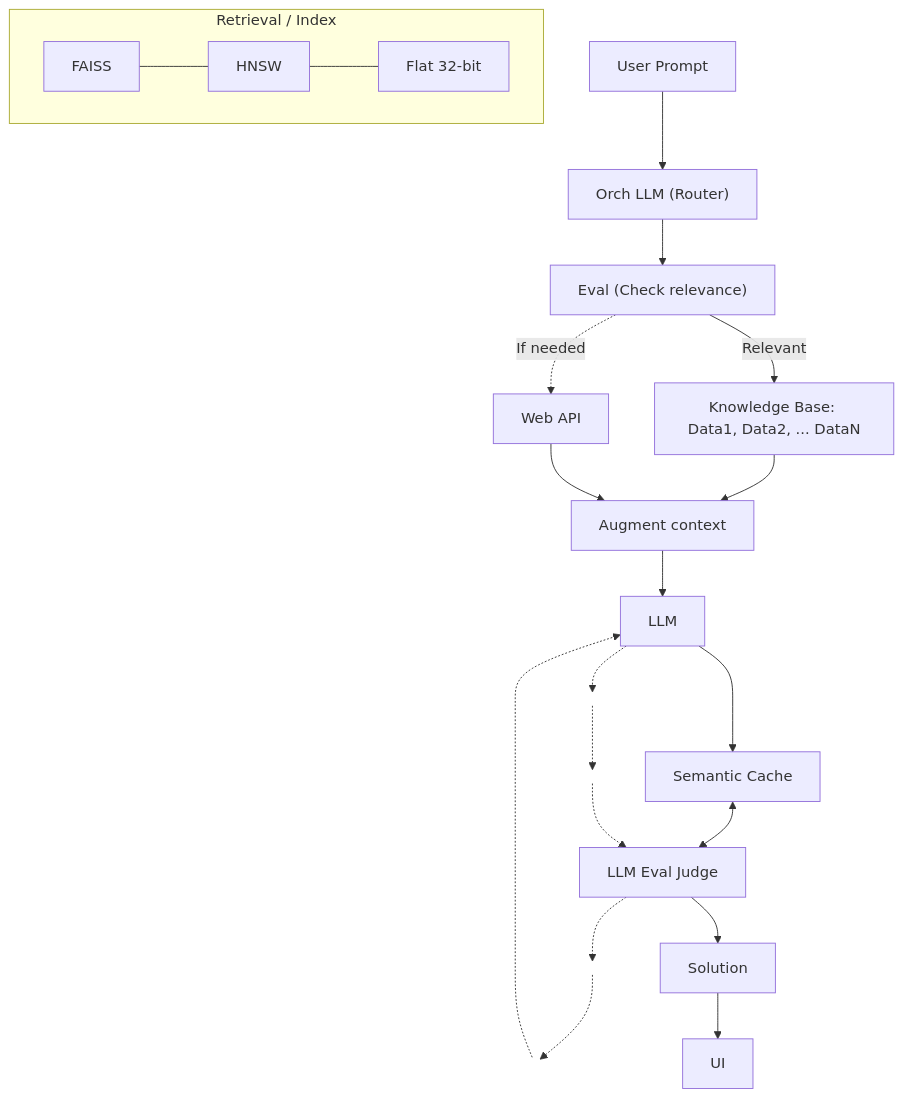
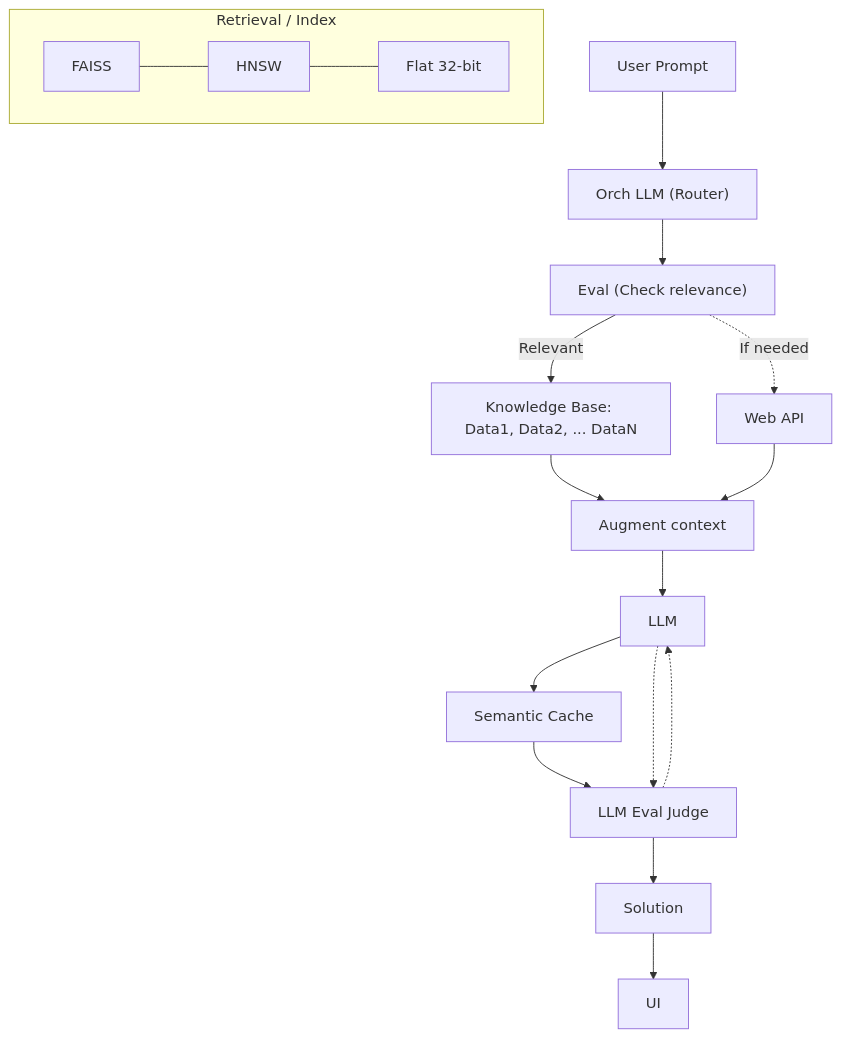
Before and after one commit to heleyna-tuck/Diagram: the diagram in README.md, drawn with Mermaid.

Commit message:
Refactor flow diagram in README.md

````diff
--- a/README.md
+++ b/README.md
@@ -1,37 +1,28 @@
 ```mermaid
 flowchart TD
   U["User Prompt"] --> R["Orch LLM (Router)"]
 
   subgraph RET["Retrieval / Index"]
     F["FAISS"] --- H["HNSW"]
     H --- Q["Flat 32-bit"]
   end
 
   R --> E["Eval (Check relevance)"]
   E -->|Relevant| KB["Knowledge Base: Data1, Data2, ... DataN"]
   E -.->|If needed| W["Web API"]
 
   KB --> A["Augment context"]
   W --> A
   A --> L["LLM"]
 
+  %% Main vertical flow
   L --> C["Semantic Cache"]
-  C <--> J["LLM Eval Judge"]
+  C --> J["LLM Eval Judge"]
 
-  %% invisible anchors to route lines around Semantic Cache
-  R1(( )):::invis
-  R2(( )):::invis
-  L1(( )):::invis
-  L2(( )):::invis
-
-  %% right-side bypass: LLM -> Judge (go around to the right)
-  L -.-> R1 -.-> R2 -.-> J
-
-  %% left-side bypass: Judge -> LLM (go around to the left)
-  J -.-> L1 -.-> L2 -.-> L
+  %% Extra arrows (one down, one up) directly between LLM and Judge
+  L -.-> J
+  J -.-> L
 
   J --> S["Solution"]
   S --> UI["UI"]
-
-  classDef invis fill:transparent,stroke:transparent,color:transparent;
 ```
````
